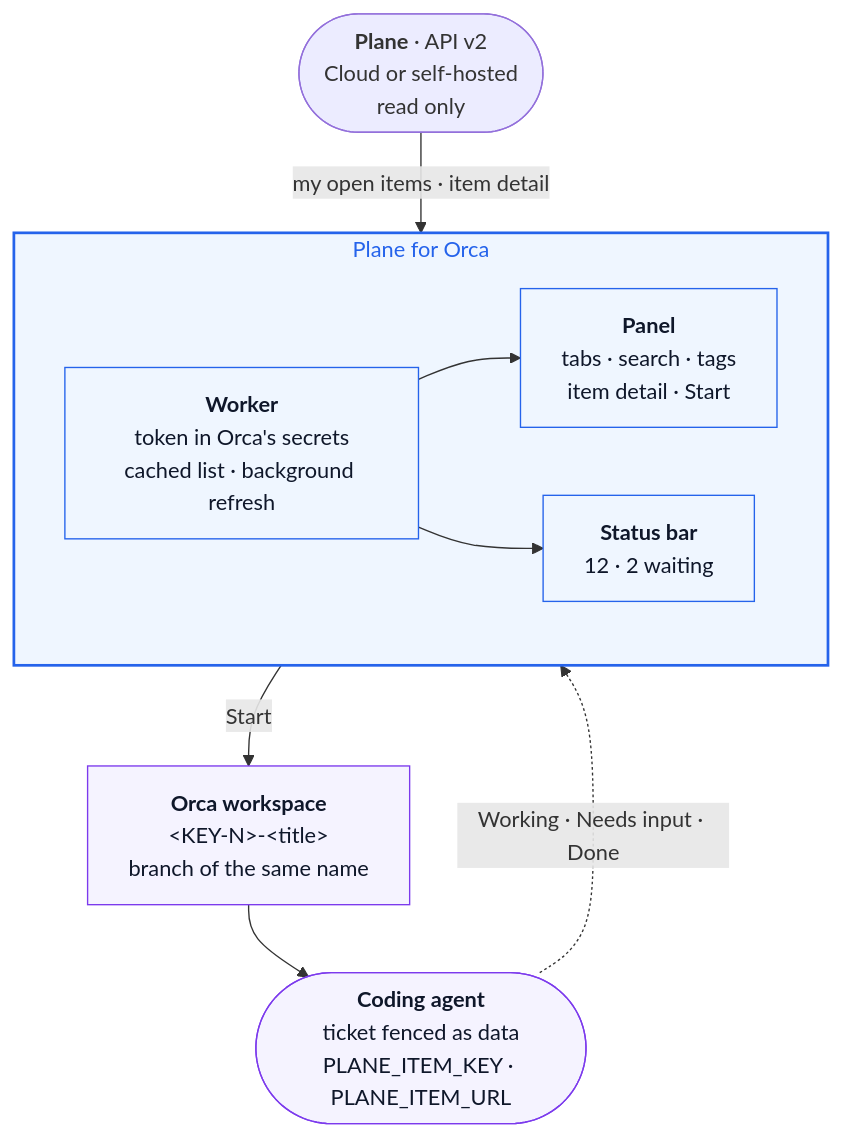
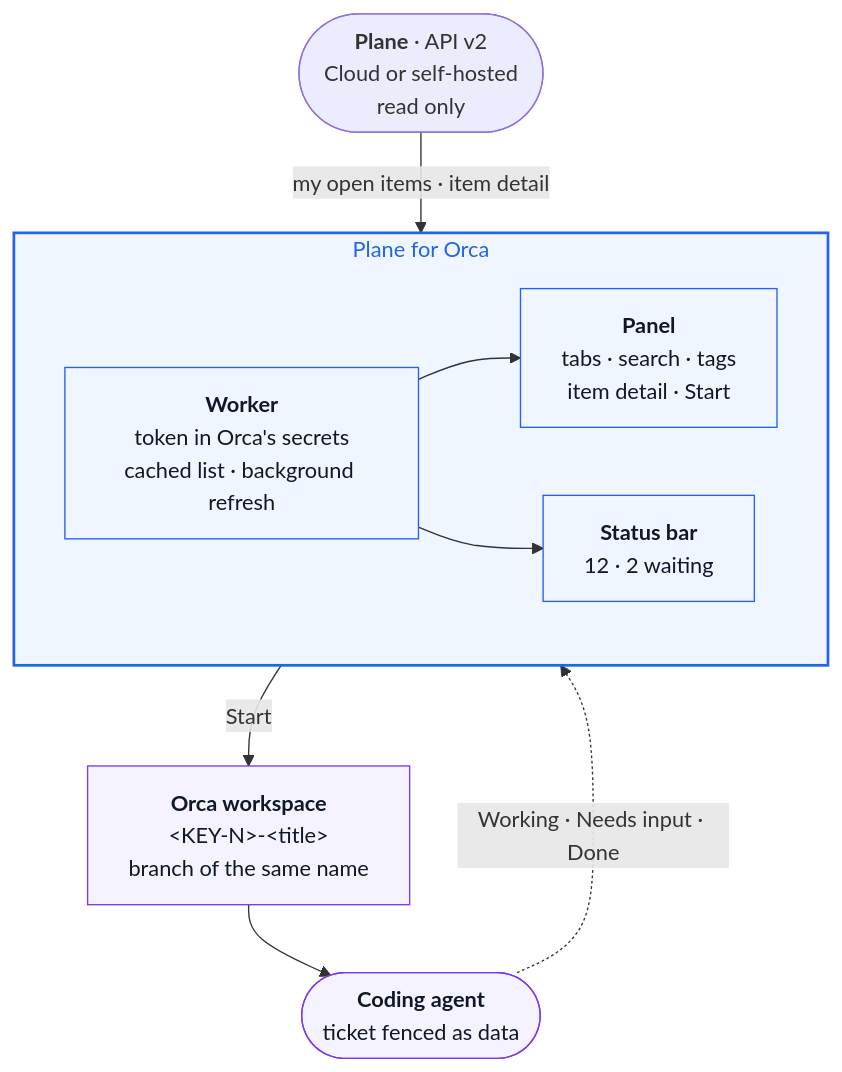
Before and after one commit to decadance-dance/orca-plane: the diagram in README.md, drawn with Mermaid. The commit also changed other lines of this file, not shown here.

Commit message:
README: restore the PLANE_ITEM_* limits, fix partial in the glossary, leftovers section (#68, review on #70)

````diff
--- a/README.md
+++ b/README.md
@@ -166,26 +170,26 @@
 ```mermaid
 flowchart TB
     plane(["<b>Plane</b> · API v2<br/>Cloud or self-hosted<br/>read only"])
 
     subgraph plugin["Plane for Orca"]
         direction LR
         worker["<b>Worker</b><br/>token in Orca's secrets<br/>cached list · background refresh"]
         panel["<b>Panel</b><br/>tabs · search · tags<br/>item detail · Start"]
         status["<b>Status bar</b><br/>12 · 2 waiting"]
     end
 
     ws["<b>Orca workspace</b><br/>&lt;KEY-N&gt;-&lt;title&gt;<br/>branch of the same name"]
-    agent(["<b>Coding agent</b><br/>ticket fenced as data<br/>PLANE_ITEM_KEY · PLANE_ITEM_URL"])
+    agent(["<b>Coding agent</b><br/>ticket fenced as data"])
 
     plane -- "my open items · item detail" --> worker
     worker --> panel
     worker --> status
     panel -- "Start" --> ws --> agent
     agent -. "Working · Needs input · Done" .-> panel
 
     classDef accent fill:#eff6ff,stroke:#2563eb,color:#0f172a
     classDef verdict fill:#f5f3ff,stroke:#7c3aed,color:#0f172a
     class worker,panel,status accent
     class ws,agent verdict
     style plugin fill:#eff6ff,stroke:#2563eb,stroke-width:2px,color:#2563eb
 ```
````
